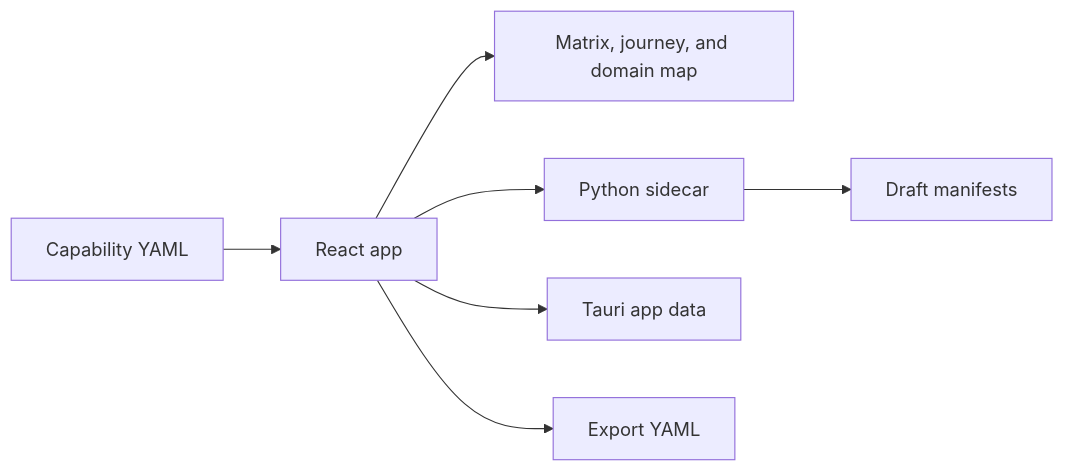
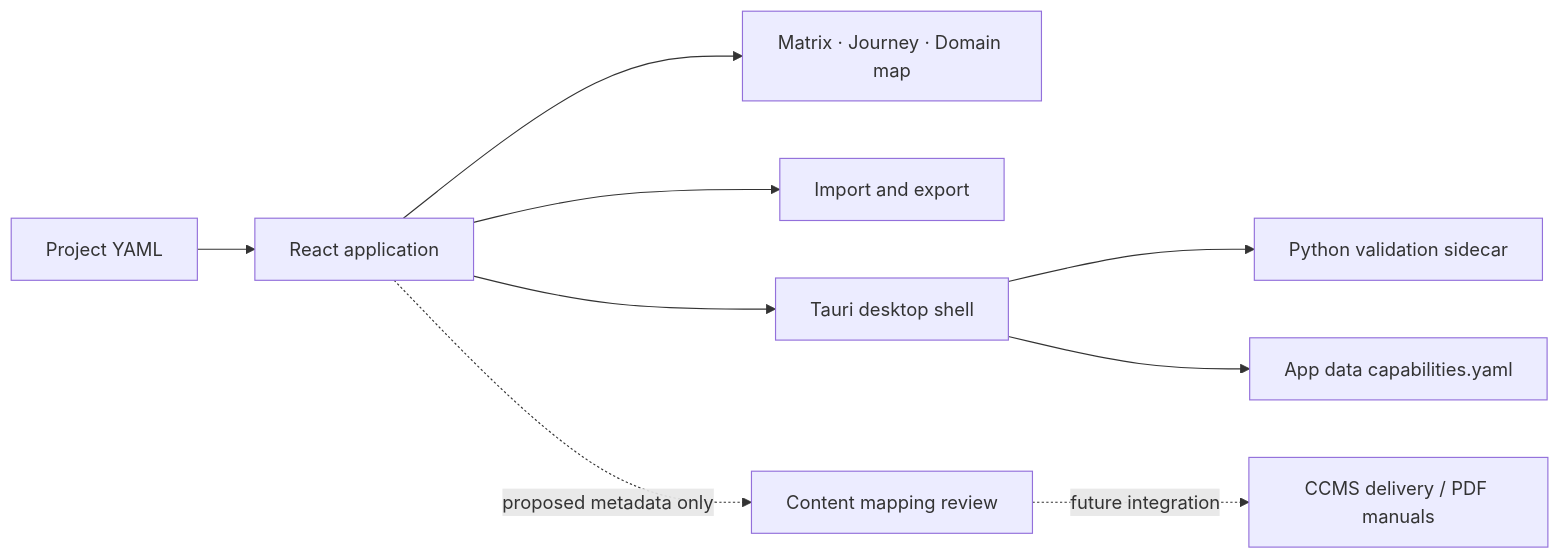
The second of 2 diagrams in site/index.md (mattbriggs/Capabilty-Matrix-App), drawn with Mermaid before and after one commit. The commit also changed other lines of this file and 8 other files, not shown here.

````diff
--- a/site/index.md
+++ b/site/index.md
@@ -17,9 +31,11 @@
 ```mermaid
 flowchart LR
-    A["Capability YAML"] --> B["React app"]
-    B --> C["Matrix, journey, and domain map"]
-    B --> D["Python sidecar"]
-    D --> E["Draft manifests"]
-    B --> F["Tauri app data"]
-    B --> G["Export YAML"]
+    Y["Project YAML"] --> R["React application"]
+    R --> V["Matrix · Journey · Domain map"]
+    R --> I["Import and export"]
+    R --> T["Tauri desktop shell"]
+    T --> P["Python validation sidecar"]
+    T --> S["App data capabilities.yaml"]
+    R -. "proposed metadata only" .-> C["Content mapping review"]
+    C -. "future integration" .-> X["CCMS delivery / PDF manuals"]
 ```
````
